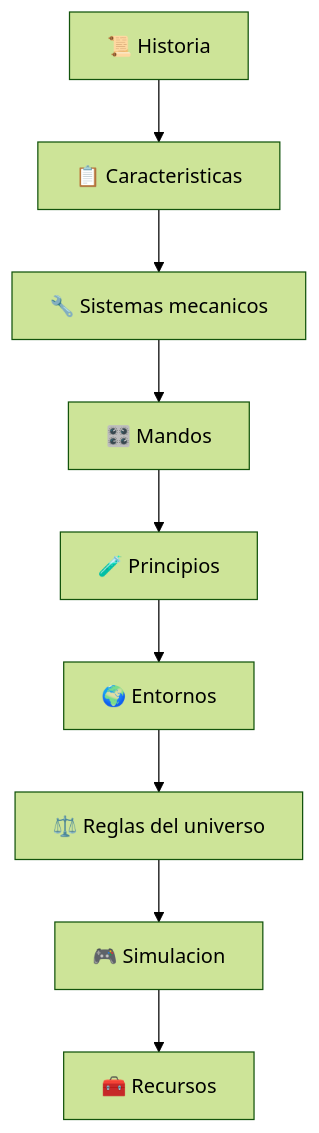
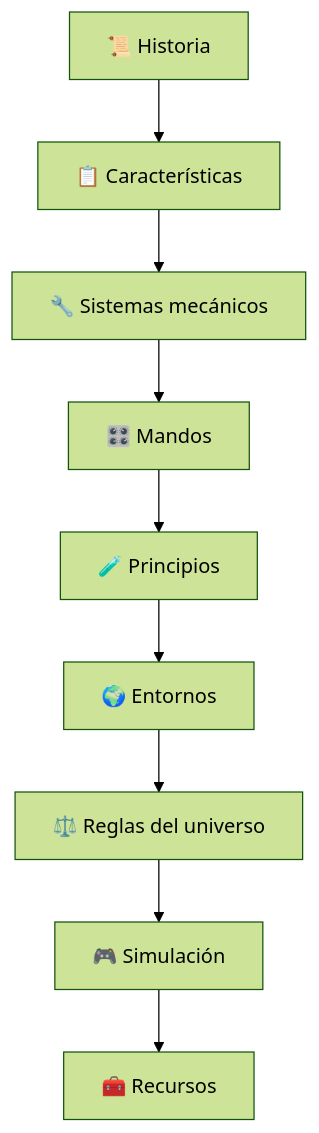
The diagram in vehiculos-fantasticos/caza-transformable/recursos/recursos-caza-transformable.md (vladimiracunadev-create/machine-operator-program), drawn with Mermaid (forest theme) before and after one commit. The commit also changed other lines of this file and 442 other files, not shown here.

````diff
--- a/vehiculos-fantasticos/caza-transformable/recursos/recursos-caza-transformable.md
+++ b/vehiculos-fantasticos/caza-transformable/recursos/recursos-caza-transformable.md
@@ -32,11 +32,11 @@
 ```mermaid
 flowchart TD
-    H[📜 Historia] --> C[📋 Caracteristicas]
-    C --> S[🔧 Sistemas mecanicos]
+    H[📜 Historia] --> C[📋 Características]
+    C --> S[🔧 Sistemas mecánicos]
     S --> M[🎛️ Mandos]
     M --> P[🧪 Principios]
     P --> E[🌍 Entornos]
     E --> R[⚖️ Reglas del universo]
-    R --> Sim[🎮 Simulacion]
+    R --> Sim[🎮 Simulación]
     Sim --> Rec[🧰 Recursos]
 ```
````
